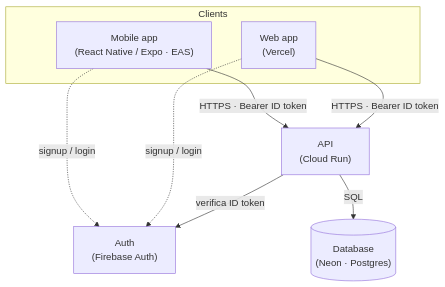
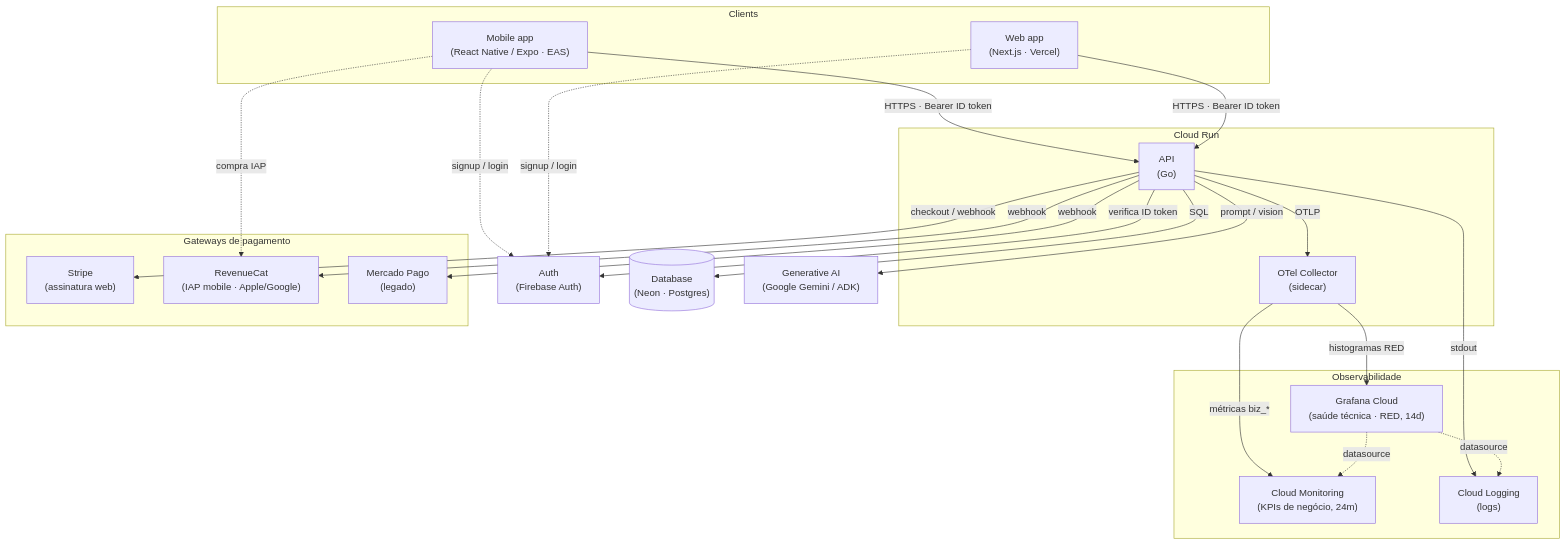
The diagram in architecture.md (silvioubaldino/personal-finance-context), drawn with Mermaid before and after one commit. The commit also changed other lines of this file and 5 other files, not shown here.

````diff
--- a/architecture.md
+++ b/architecture.md
@@ -32,18 +32,47 @@
 ```mermaid
 flowchart TB
     subgraph clients[Clients]
         mobile["Mobile app<br/>(React Native / Expo · EAS)"]
-        web["Web app<br/>(Vercel)"]
+        web["Web app<br/>(Next.js · Vercel)"]
     end
 
-    api["API<br/>(Cloud Run)"]
+    subgraph run[Cloud Run]
+        api["API<br/>(Go)"]
+        otel["OTel Collector<br/>(sidecar)"]
+    end
+
     auth["Auth<br/>(Firebase Auth)"]
     db[("Database<br/>(Neon · Postgres)")]
+    ai["Generative AI<br/>(Google Gemini / ADK)"]
 
-    mobile -->|HTTPS · Bearer ID token| api
-    web -->|HTTPS · Bearer ID token| api
-    mobile -.->|signup / login| auth
-    web -.->|signup / login| auth
-    api -->|verifica ID token| auth
+    subgraph pay[Gateways de pagamento]
+        stripe["Stripe<br/>(assinatura web)"]
+        revenuecat["RevenueCat<br/>(IAP mobile · Apple/Google)"]
+        mp["Mercado Pago<br/>(legado)"]
+    end
+
+    subgraph obs[Observabilidade]
+        grafana["Grafana Cloud<br/>(saúde técnica · RED, 14d)"]
+        cloudmon["Cloud Monitoring<br/>(KPIs de negócio, 24m)"]
+        cloudlog["Cloud Logging<br/>(logs)"]
+    end
+
+    mobile -->|"HTTPS · Bearer ID token"| api
+    web -->|"HTTPS · Bearer ID token"| api
+    mobile -.->|"signup / login"| auth
+    web -.->|"signup / login"| auth
+    api -->|"verifica ID token"| auth
     api -->|SQL| db
+    api -->|"checkout / webhook"| stripe
+    mobile -.->|"compra IAP"| revenuecat
+    api -->|webhook| revenuecat
+    api -->|"webhook"| mp
+    api -->|"prompt / vision"| ai
+
+    api -->|OTLP| otel
+    otel -->|"histogramas RED"| grafana
+    otel -->|"métricas biz_*"| cloudmon
+    api -->|stdout| cloudlog
+    grafana -.->|datasource| cloudmon
+    grafana -.->|datasource| cloudlog
 ```
````
